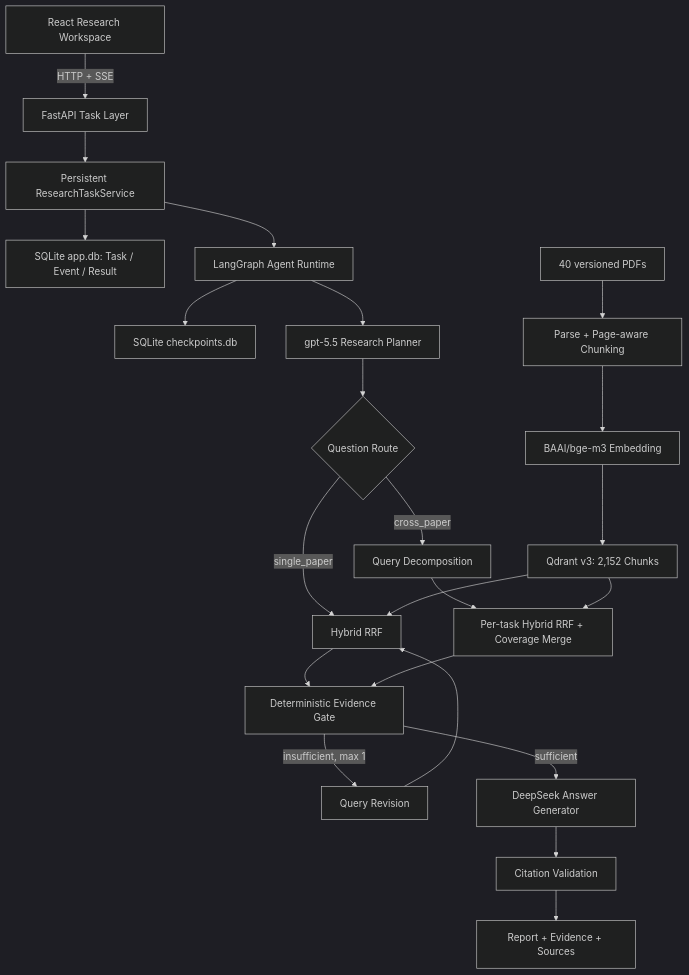
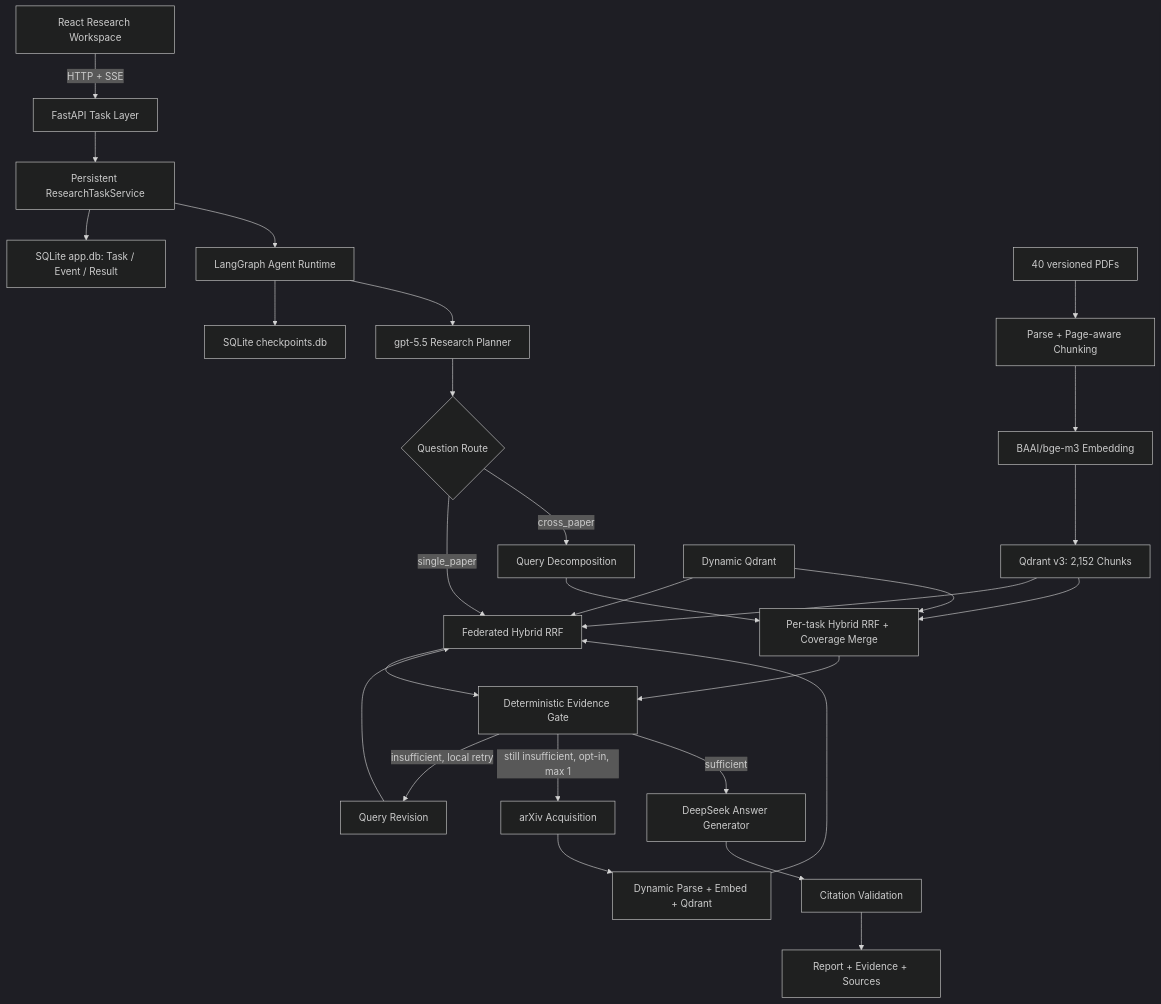
Before and after one commit to Trip1eL/paper-research-copilot: the diagram in docs/architecture.md, drawn with Mermaid (dark theme). The commit also changed other lines of this file and 35 other files, not shown here.

Commit message:
feat: add federated acquisition loop

````diff
--- a/docs/architecture.md
+++ b/docs/architecture.md
@@ -14,26 +14,31 @@
 ```mermaid
 flowchart TD
     UI["React Research Workspace"] -->|"HTTP + SSE"| API["FastAPI Task Layer"]
     API --> TS["Persistent ResearchTaskService"]
     TS --> APPDB["SQLite app.db: Task / Event / Result"]
     TS --> LG["LangGraph Agent Runtime"]
     LG --> CP["SQLite checkpoints.db"]
     LG --> P["gpt-5.5 Research Planner"]
     P --> R{"Question Route"}
-    R -->|"single_paper"| H["Hybrid RRF"]
+    R -->|"single_paper"| H["Federated Hybrid RRF"]
     R -->|"cross_paper"| D["Query Decomposition"]
     D --> C["Per-task Hybrid RRF + Coverage Merge"]
     H --> G["Deterministic Evidence Gate"]
     C --> G
-    G -->|"insufficient, max 1"| Q["Query Revision"]
+    G -->|"insufficient, local retry"| Q["Query Revision"]
     Q --> H
+    G -->|"still insufficient, opt-in, max 1"| X["arXiv Acquisition"]
+    X --> DY["Dynamic Parse + Embed + Qdrant"]
+    DY --> H
     G -->|"sufficient"| A["DeepSeek Answer Generator"]
     A --> V["Citation Validation"]
     V --> O["Report + Evidence + Sources"]
 
     PDF["40 versioned PDFs"] --> PARSE["Parse + Page-aware Chunking"]
     PARSE --> EMB["BAAI/bge-m3 Embedding"]
     EMB --> QD["Qdrant v3: 2,152 Chunks"]
     QD --> H
     QD --> C
+    DQD["Dynamic Qdrant"] --> H
+    DQD --> C
 ```
````
